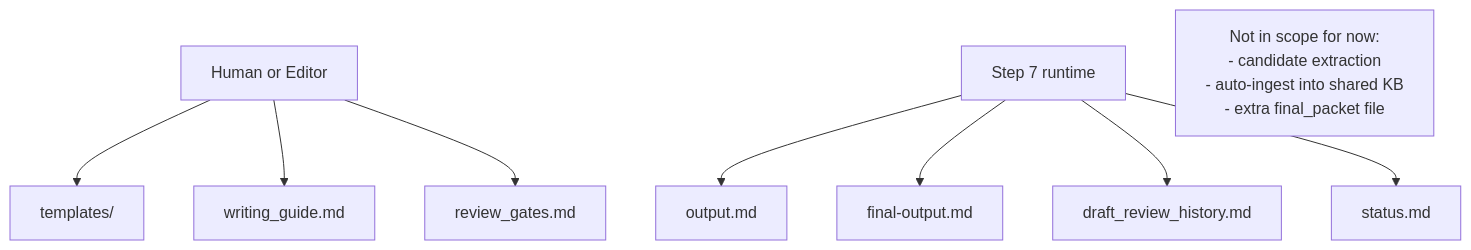
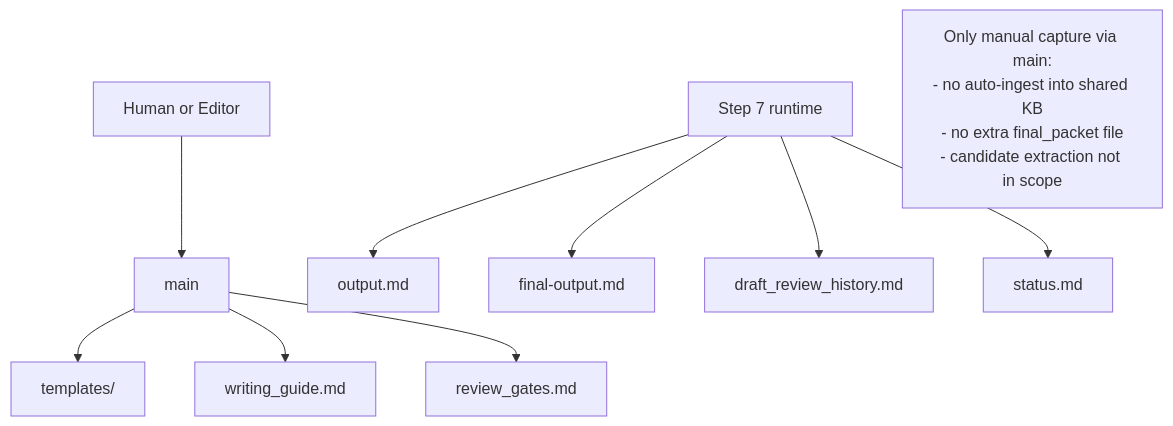
The fourth of 4 diagrams in docs/SINGULARITY_STEP7_KNOWLEDGE_LOADING.md (Jim0xff/deepflow-singularity), drawn with Mermaid before and after one commit. The commit also changed other lines of this file and 1 other file, not shown here.

Commit message:
Tighten main knowledge capture triggers

````diff
--- a/docs/SINGULARITY_STEP7_KNOWLEDGE_LOADING.md
+++ b/docs/SINGULARITY_STEP7_KNOWLEDGE_LOADING.md
@@ -164,13 +173,14 @@
 ```mermaid
 flowchart TD
-  H["Human or Editor"] --> T["templates/"]
-  H --> W["writing_guide.md"]
-  H --> G["review_gates.md"]
+  H["Human or Editor"] --> M["main"]
+  M --> T["templates/"]
+  M --> W["writing_guide.md"]
+  M --> G["review_gates.md"]
 
   RUNTIME["Step 7 runtime"] --> O["output.md"]
   RUNTIME --> F["final-output.md"]
   RUNTIME --> D["draft_review_history.md"]
   RUNTIME --> S["status.md"]
 
-  NOTE["Not in scope for now:<br/>- candidate extraction<br/>- auto-ingest into shared KB<br/>- extra final_packet file"]
+  NOTE["Only manual capture via main:<br/>- no auto-ingest into shared KB<br/>- no extra final_packet file<br/>- candidate extraction not in scope"]
 ```
````
